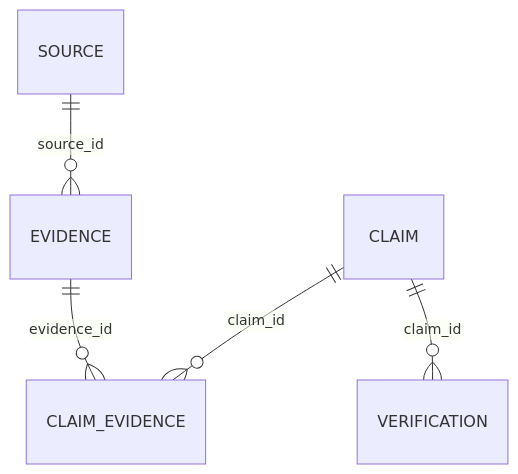
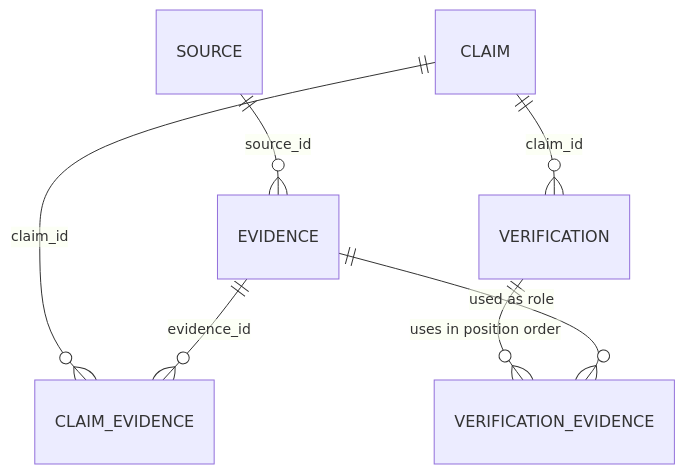
The second of 3 diagrams in docs/architecture.md (Dyuti60/assam-exam-ai), drawn with Mermaid before and after one commit. The commit also changed other lines of this file and 9 other files, not shown here.

Commit message:
feat: preserve verification evidence provenance

````diff
--- a/docs/architecture.md
+++ b/docs/architecture.md
@@ -46,7 +46,9 @@
 ```mermaid
 erDiagram
     SOURCE ||--o{ EVIDENCE : "source_id"
     CLAIM ||--o{ VERIFICATION : "claim_id"
     CLAIM ||--o{ CLAIM_EVIDENCE : "claim_id"
     EVIDENCE ||--o{ CLAIM_EVIDENCE : "evidence_id"
+    VERIFICATION ||--o{ VERIFICATION_EVIDENCE : "uses in position order"
+    EVIDENCE ||--o{ VERIFICATION_EVIDENCE : "used as role"
 ```
````
